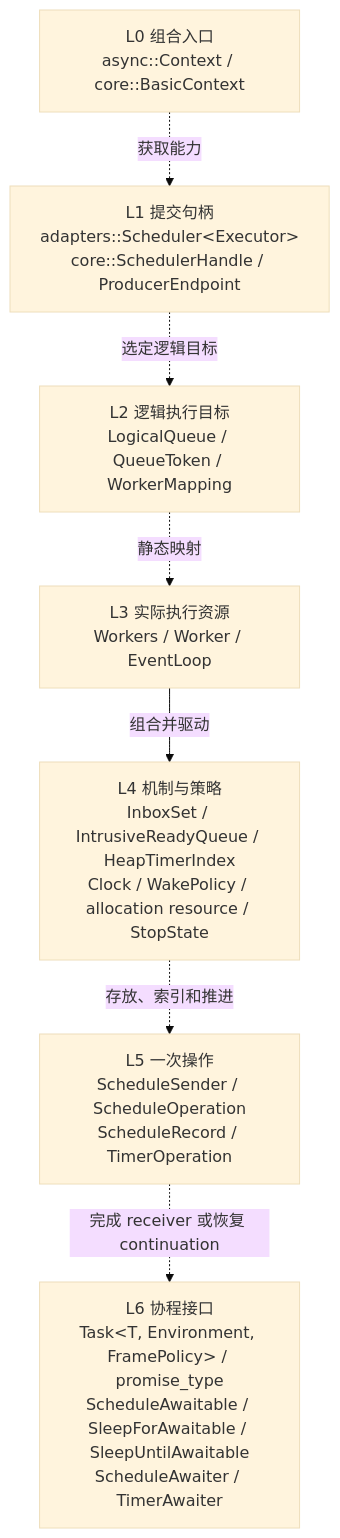
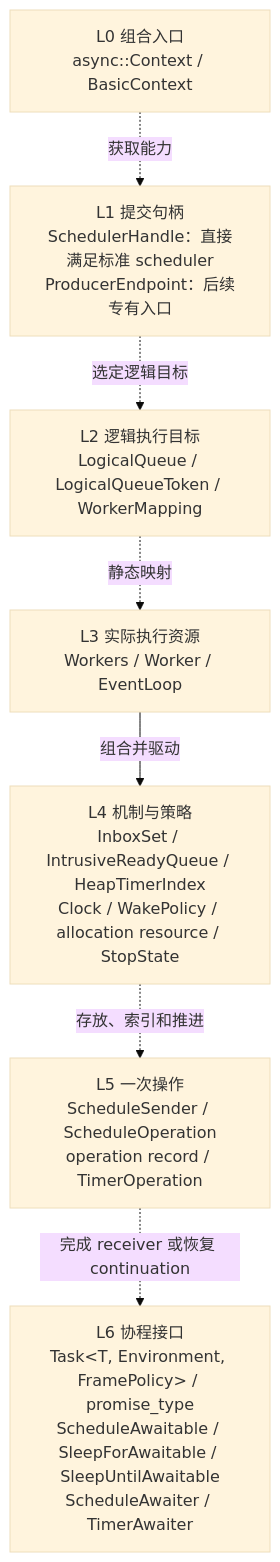
The second of 4 diagrams in CORE_DESIGN.md (mmmmmcree/async), drawn with Mermaid (base theme) before and after one commit. The commit also changed other lines of this file and 76 other files, not shown here.

````diff
--- a/CORE_DESIGN.md
+++ b/CORE_DESIGN.md
@@ -76,16 +97,16 @@
 ```mermaid
 flowchart TB
-    C["L0 组合入口<br/>async::Context / core::BasicContext"]
-    S["L1 提交句柄<br/>adapters::Scheduler&lt;Executor&gt;<br/>core::SchedulerHandle / ProducerEndpoint"]
-    Q["L2 逻辑执行目标<br/>LogicalQueue / QueueToken / WorkerMapping"]
+    C["L0 组合入口<br/>async::Context / BasicContext"]
+    S["L1 提交句柄<br/>SchedulerHandle：直接满足标准 scheduler<br/>ProducerEndpoint：后续专有入口"]
+    Q["L2 逻辑执行目标<br/>LogicalQueue / LogicalQueueToken / WorkerMapping"]
     W["L3 实际执行资源<br/>Workers / Worker / EventLoop"]
     P["L4 机制与策略<br/>InboxSet / IntrusiveReadyQueue / HeapTimerIndex<br/>Clock / WakePolicy / allocation resource / StopState"]
-    O["L5 一次操作<br/>ScheduleSender / ScheduleOperation<br/>ScheduleRecord / TimerOperation"]
+    O["L5 一次操作<br/>ScheduleSender / ScheduleOperation<br/>operation record / TimerOperation"]
     T["L6 协程接口<br/>Task&lt;T, Environment, FramePolicy&gt; / promise_type<br/>ScheduleAwaitable / SleepForAwaitable / SleepUntilAwaitable<br/>ScheduleAwaiter / TimerAwaiter"]
     C -.->|"获取能力"| S
     S -.->|"选定逻辑目标"| Q
     Q -.->|"静态映射"| W
     W -->|"组合并驱动"| P
     P -.->|"存放、索引和推进"| O
     O -.->|"完成 receiver 或恢复 continuation"| T
 ```
````
